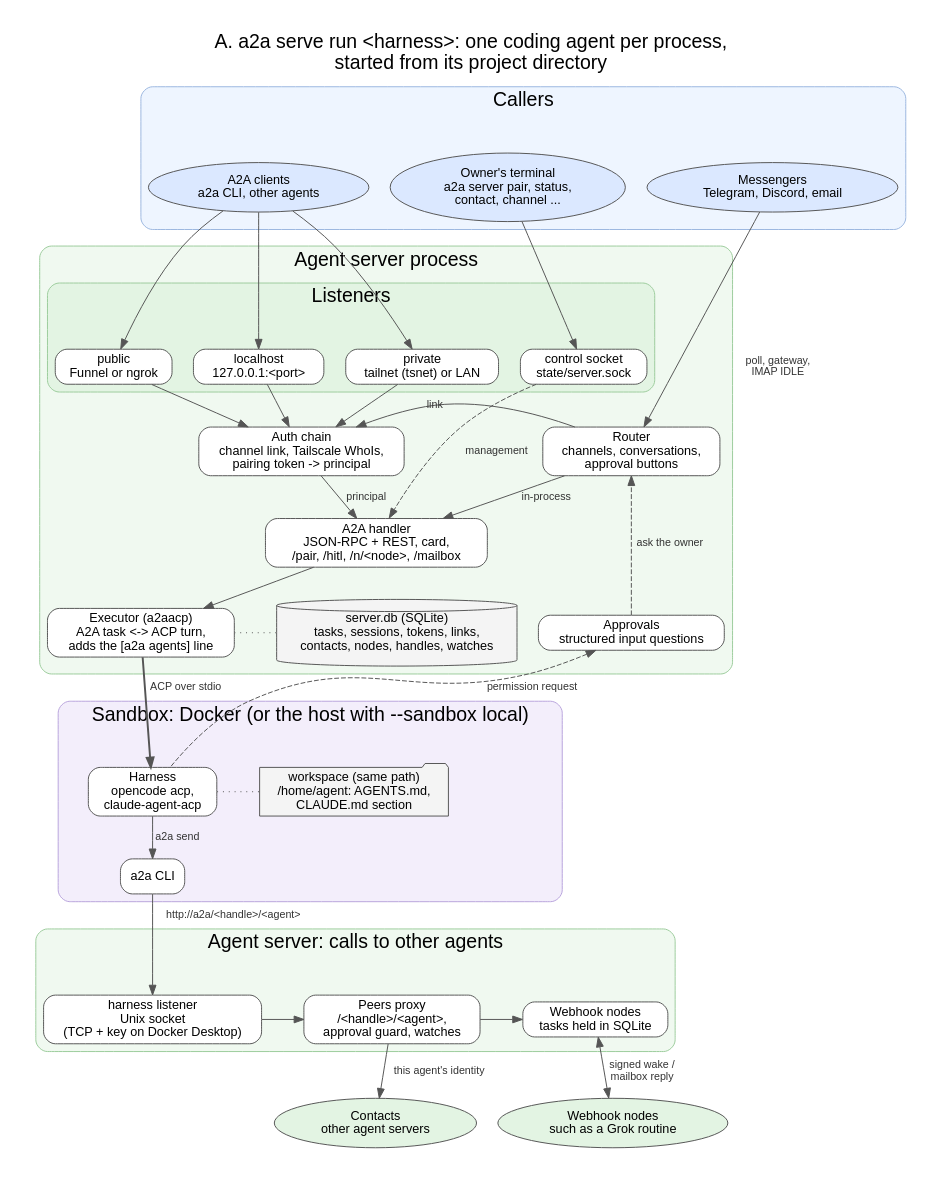
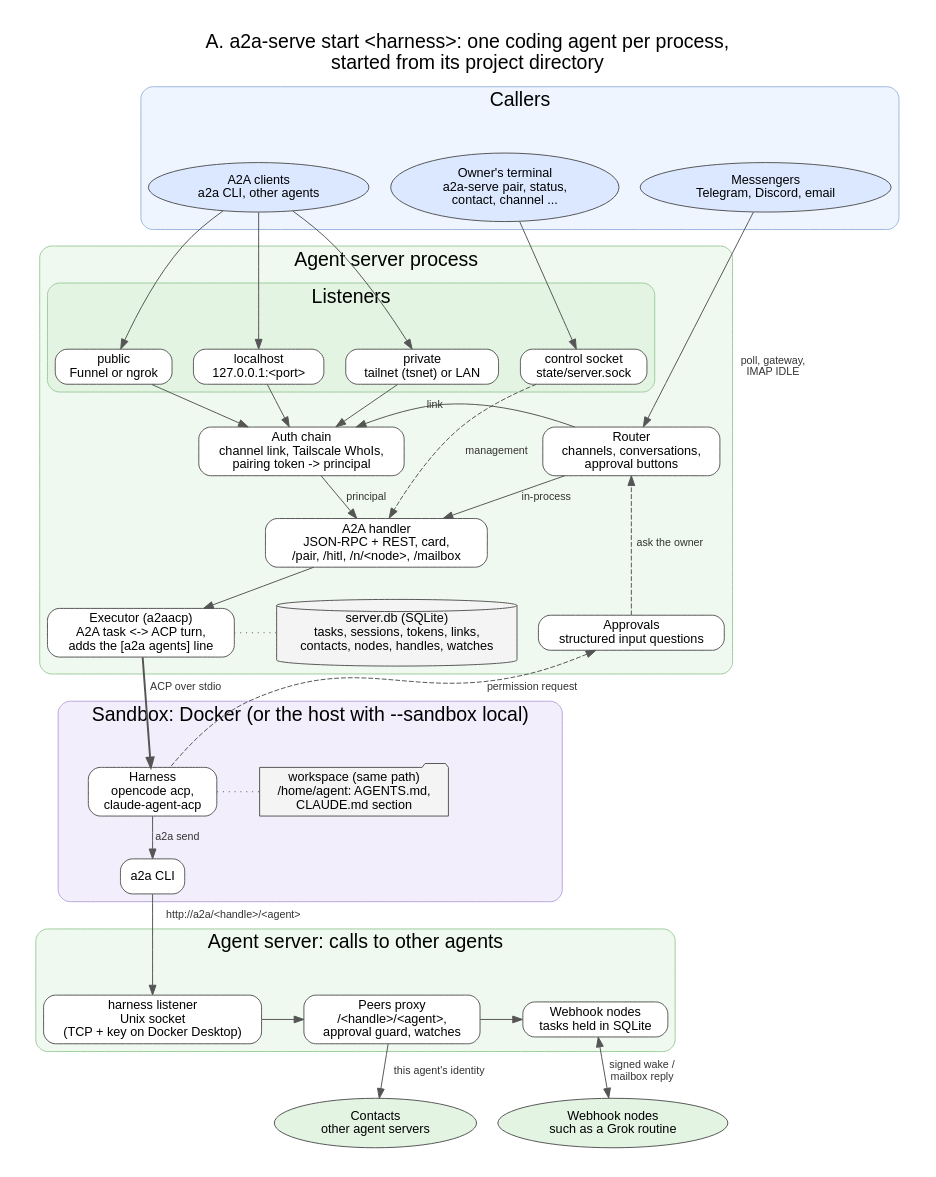
Before and after one commit to a2aproject/a2a-serve: the diagram in docs/graphs/agent-server-overview.dot, drawn with Graphviz. The commit also changed 124 other files, not shown here.

First line of the commit message:
feat!: rename run to start and open to inspect, fold url into status and restore into backup, and write help for a2a-serve

```diff
--- a/docs/graphs/agent-server-overview.dot
+++ b/docs/graphs/agent-server-overview.dot
@@ -1,86 +1,86 @@
 // A. Overview: who reaches the agent server, what runs inside it, and
 // where the harness runs. Top to bottom: callers, listeners, server core,
 // sandbox, calls to other agents.
 // Render: dot -Tpng -Gdpi=110 agent-server-overview.dot -o agent-server-overview.png
 digraph agent_server_overview {
   rankdir=TB;
   graph [fontname="Helvetica", nodesep=0.3, ranksep=0.45, pad=0.3, compound=true, newrank=true,
-         label="A. a2a serve run <harness>: one coding agent per process,\nstarted from its project directory", labelloc=t, fontsize=20];
+         label="A. a2a-serve start <harness>: one coding agent per process,\nstarted from its project directory", labelloc=t, fontsize=20];
   node  [fontname="Helvetica", fontsize=13, shape=box, style="rounded,filled", fillcolor="#ffffff", color="#555555"];
   edge  [fontname="Helvetica", fontsize=11, color="#555555", fontcolor="#333333"];
 
   subgraph cluster_callers {
     label="Callers"; style="rounded,filled"; fillcolor="#eef5ff"; color="#9bb7e0";
     { rank=same;
       Messenger [label="Messengers\nTelegram, Discord, email", shape=ellipse, fillcolor="#dbe8ff"];
       Client    [label="A2A clients\na2a CLI, other agents", shape=ellipse, fillcolor="#dbe8ff"];
-      Owner     [label="Owner's terminal\na2a server pair, status,\ncontact, channel ...", shape=ellipse, fillcolor="#dbe8ff"];
+      Owner     [label="Owner's terminal\na2a-serve pair, status,\ncontact, channel ...", shape=ellipse, fillcolor="#dbe8ff"];
     }
   }
 
   subgraph cluster_server {
     label="Agent server process"; style="rounded,filled"; fillcolor="#f0f9f0"; color="#9ccc9c";
     subgraph cluster_in {
       label="Listeners"; style="rounded,filled"; fillcolor="#e3f4e3"; color="#9ccc9c";
       { rank=same;
         Local   [label="localhost\n127.0.0.1:<port>"];
         Private [label="private\ntailnet (tsnet) or LAN"];
         Public  [label="public\nFunnel or ngrok"];
         Control [label="control socket\nstate/server.sock"];
       }
     }
     Router  [label="Router\nchannels, conversations,\napproval buttons"];
     Auth    [label="Auth chain\nchannel link, Tailscale WhoIs,\npairing token -> principal"];
     Handler [label="A2A handler\nJSON-RPC + REST, card,\n/pair, /hitl, /n/<node>, /mailbox"];
     Approvals [label="Approvals\nstructured input questions"];
     Exec    [label="Executor (a2aacp)\nA2A task <-> ACP turn,\nadds the [a2a agents] line"];
     DB      [label="server.db (SQLite)\ntasks, sessions, tokens, links,\ncontacts, nodes, handles, watches", shape=cylinder, fillcolor="#f4f4f4"];
   }
 
   subgraph cluster_sandbox {
     label="Sandbox: Docker (or the host with --sandbox local)"; style="rounded,filled"; fillcolor="#f3eefb"; color="#b9a4dd";
     { rank=same;
       Harness [label="Harness\nopencode acp,\nclaude-agent-acp"];
       Files   [label="workspace (same path)\n/home/agent: AGENTS.md,\nCLAUDE.md section", shape=folder, fillcolor="#f4f4f4"];
     }
     CLI [label="a2a CLI"];
   }
 
   subgraph cluster_out {
     label="Agent server: calls to other agents"; style="rounded,filled"; fillcolor="#f0f9f0"; color="#9ccc9c";
     { rank=same;
       HSock [label="harness listener\nUnix socket\n(TCP + key on Docker Desktop)"];
       Peers [label="Peers proxy\n/<handle>/<agent>,\napproval guard, watches"];
       Nodes [label="Webhook nodes\ntasks held in SQLite"];
     }
   }
 
   { rank=same;
     Remote  [label="Contacts\nother agent servers", shape=ellipse, fillcolor="#e3f4e3"];
     Webhook [label="Webhook nodes\nsuch as a Grok routine", shape=ellipse, fillcolor="#e3f4e3"];
   }
 
   { rank=same; Router; Auth; }
   { rank=same; Approvals; Exec; DB; }
 
   Messenger -> Router [label="poll, gateway,\nIMAP IDLE"];
   Client -> Local; Client -> Private; Client -> Public;
   Owner -> Control;
   Local -> Auth; Private -> Auth; Public -> Auth;
   Router -> Auth [label="link"];
   Router -> Handler [label="in-process"];
   Auth -> Handler [label="principal"];
   Control -> Handler [label="management", style=dashed];
   Handler -> Exec;
   Approvals -> Router [label="ask the owner", style=dashed];
   Exec -> DB [dir=none, style=dotted];
   Exec -> Harness [label="ACP over stdio", style=bold];
   Approvals -> Harness [label="permission request", style=dashed, dir=back];
   Harness -> Files [dir=none, style=dotted];
   Harness -> CLI [label="a2a send"];
   CLI -> HSock [label="http://a2a/<handle>/<agent>"];
   HSock -> Peers;
   Peers -> Nodes;
   Peers -> Remote [label="this agent's identity"];
   Nodes -> Webhook [label="signed wake /\nmailbox reply", dir=both];
 }
```
